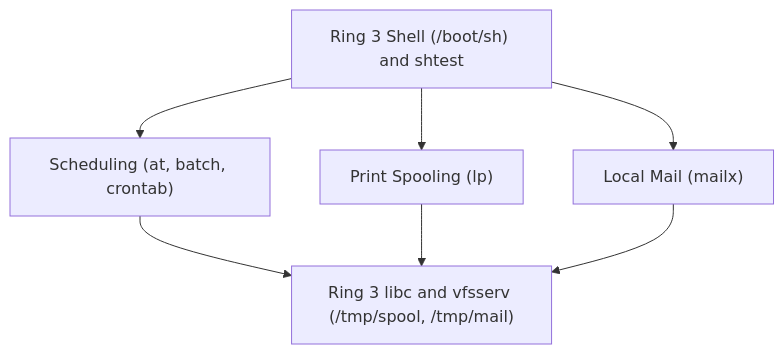
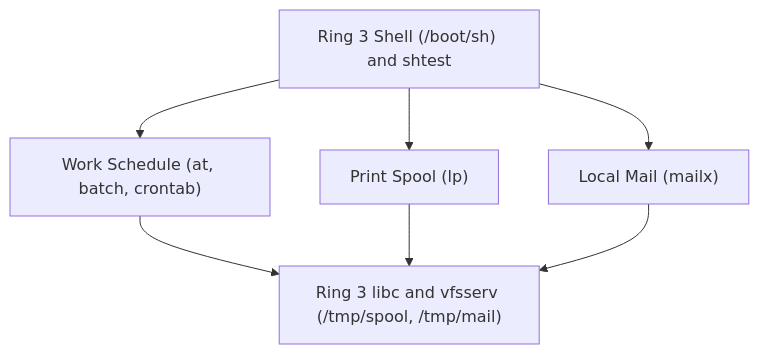
Before and after one commit to Deniz-Eren/microkernel: the diagram in docs/30-architecture/adr/ADR_0051.md, drawn with Mermaid. The commit also changed other lines of this file and 151 other files, not shown here.

````diff
--- a/docs/30-architecture/adr/ADR_0051.md
+++ b/docs/30-architecture/adr/ADR_0051.md
@@ -21,15 +21,15 @@
 ```mermaid
 flowchart TD
     SH["Ring 3 Shell (/boot/sh) and shtest"]
-    SCHED["Scheduling (at, batch, crontab)"]
-    SPOOL["Print Spooling (lp)"]
+    SCHED["Work Schedule (at, batch, crontab)"]
+    SPOOL["Print Spool (lp)"]
     MAIL["Local Mail (mailx)"]
     VFS["Ring 3 libc and vfsserv (/tmp/spool, /tmp/mail)"]
 
     SH --> SCHED
     SH --> SPOOL
     SH --> MAIL
     SCHED --> VFS
     SPOOL --> VFS
     MAIL --> VFS
 ```
````
